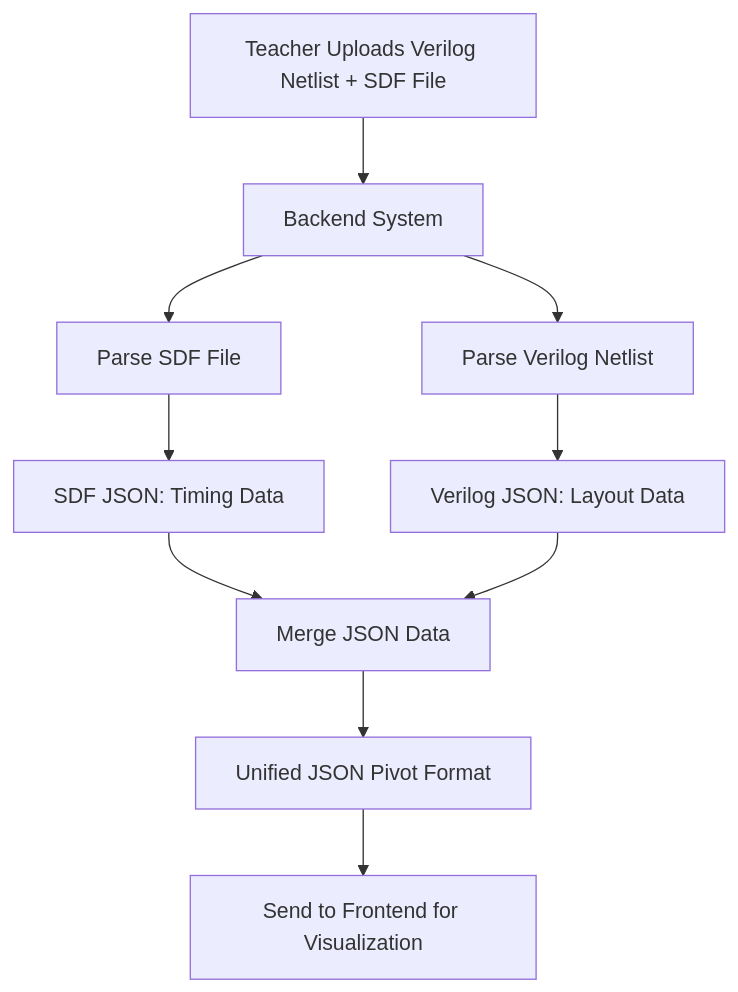
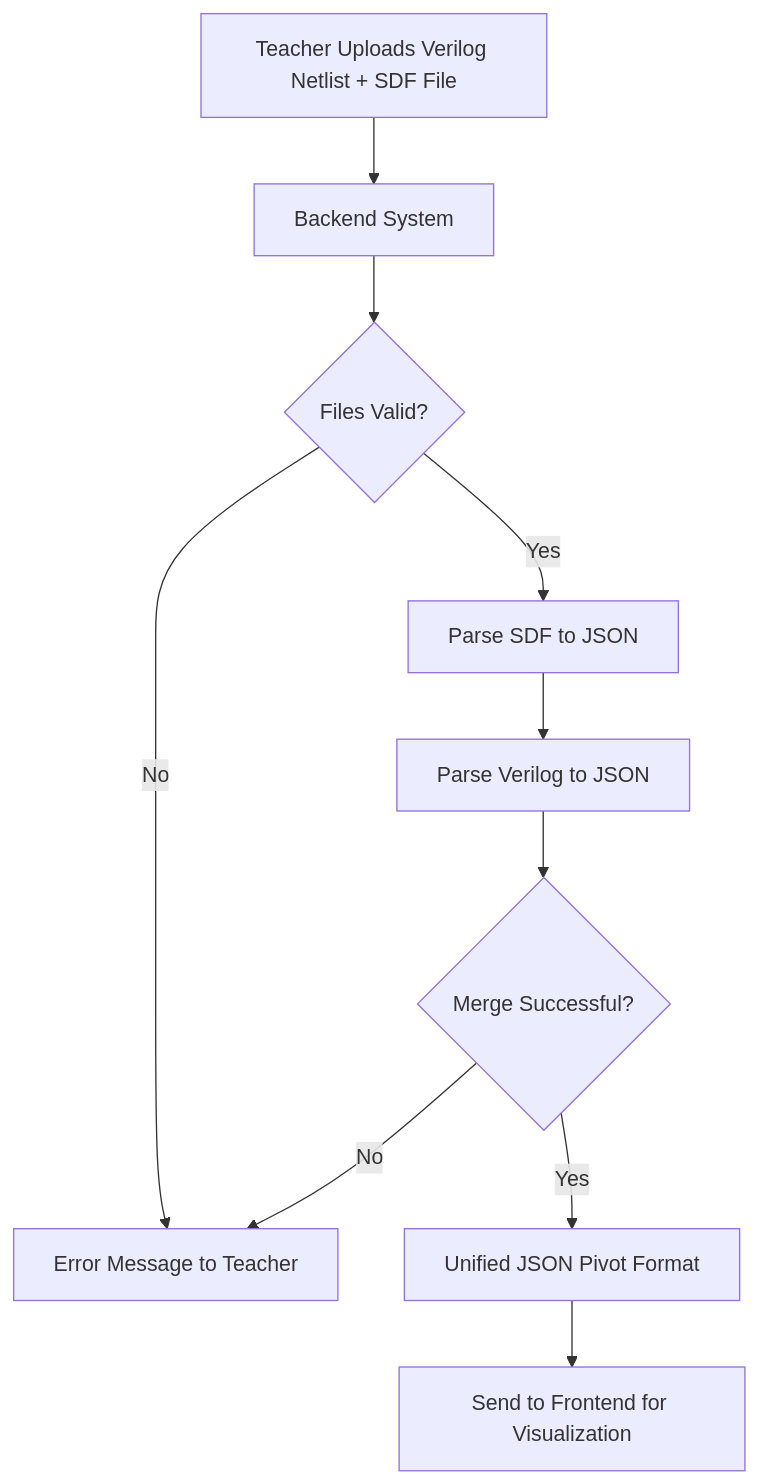
The second of 2 diagrams in documents/functional/functionalSpecifications.md (algosup/2024-2025-project-4-web-fpga-team-5), drawn with Mermaid before and after one commit. The commit also changed other lines of this file, not shown here.

````diff
--- a/documents/functional/functionalSpecifications.md
+++ b/documents/functional/functionalSpecifications.md
@@ -231,12 +231,12 @@
 ```mermaid
 flowchart TD
     A[Teacher Uploads Verilog Netlist + SDF File] --> B[Backend System]
-    B --> C[Parse SDF File]
-    B --> D[Parse Verilog Netlist]
-    C --> E[SDF JSON: Timing Data]
-    D --> F[Verilog JSON: Layout Data]
-    E --> G[Merge JSON Data]
-    F --> G
-    G --> H[Unified JSON Pivot Format]
+    B --> C{Files Valid?}
+    C -->|Yes| D[Parse SDF to JSON]
+    C -->|No| E[Error Message to Teacher]
+    D --> F[Parse Verilog to JSON]
+    F --> G{Merge Successful?}
+    G -->|Yes| H[Unified JSON Pivot Format]
+    G -->|No| E
     H --> I[Send to Frontend for Visualization]
 ```
````
